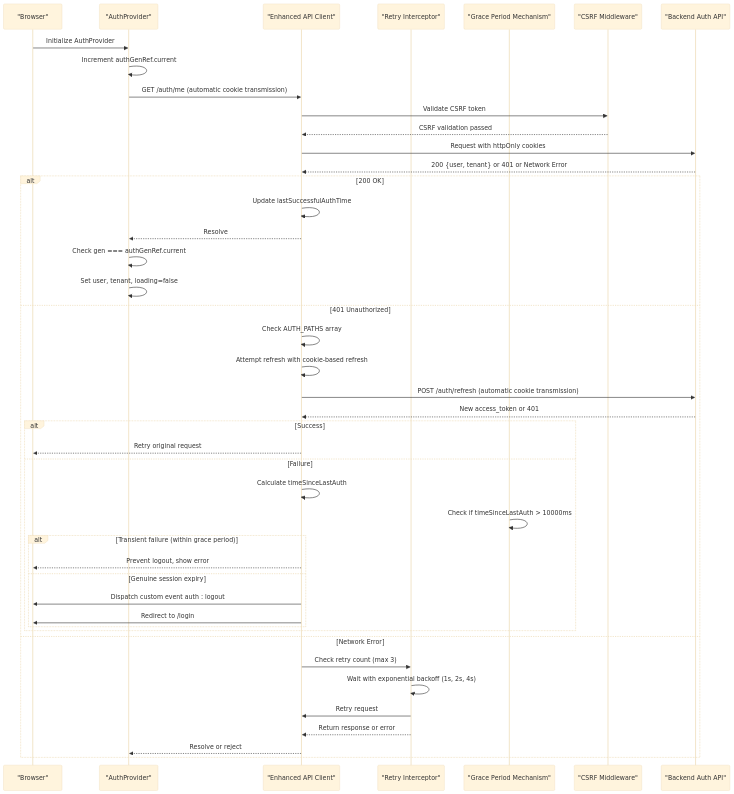
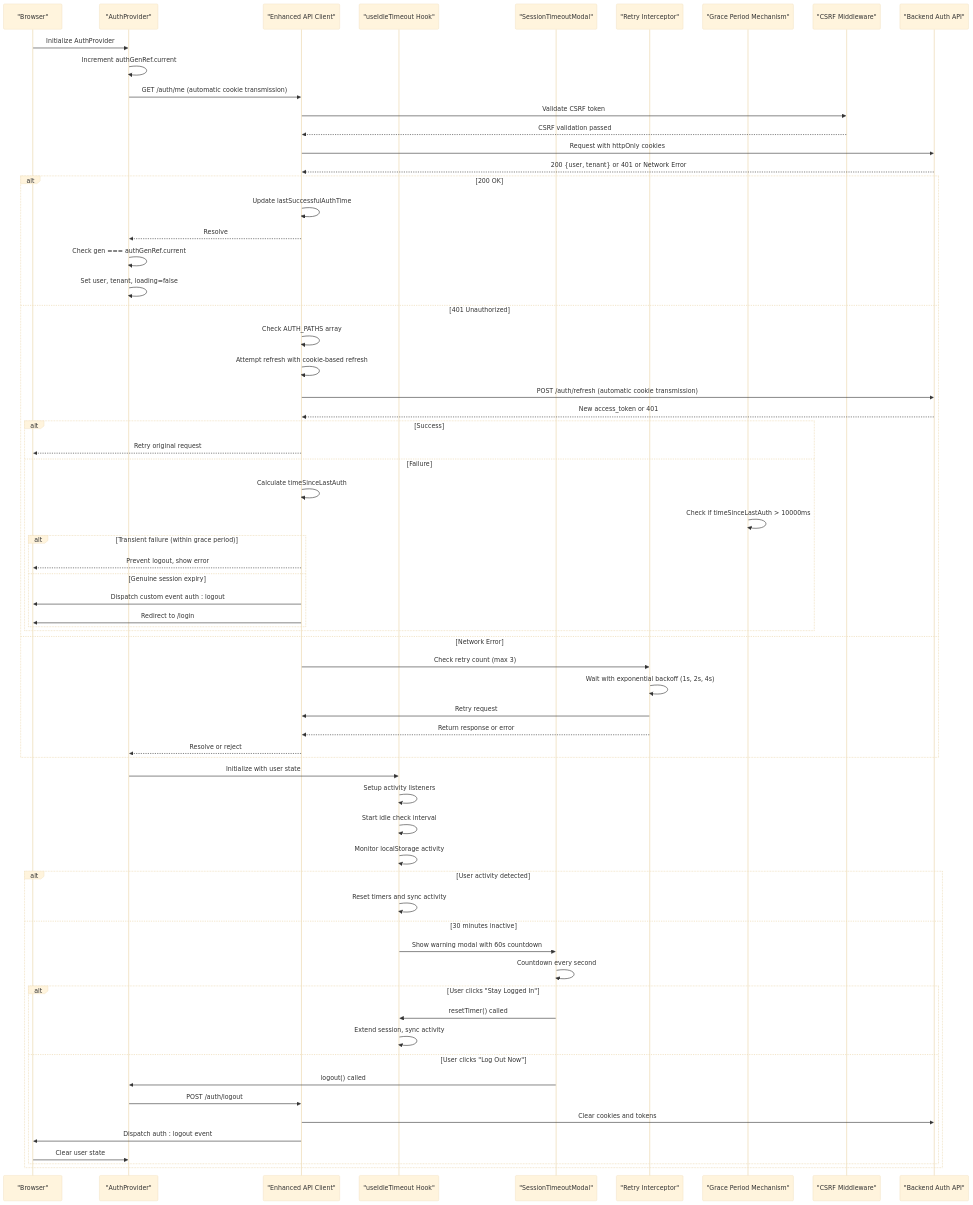
The second of 17 diagrams in .qoder/repowiki/en/content/Authentication & Authorization/Frontend Authentication Context.md (Revanththetalogics/aireume), drawn with Mermaid (base theme) before and after one commit. The commit also changed other lines of this file and 5 other files, not shown here.

````diff
--- a/.qoder/repowiki/en/content/Authentication & Authorization/Frontend Authentication Context.md
+++ b/.qoder/repowiki/en/content/Authentication & Authorization/Frontend Authentication Context.md
@@ -148,46 +166,68 @@
 ```mermaid
 sequenceDiagram
 participant Browser as "Browser"
 participant Provider as "AuthProvider"
 participant API as "Enhanced API Client"
+participant IdleHook as "useIdleTimeout Hook"
+participant Modal as "SessionTimeoutModal"
 participant Retry as "Retry Interceptor"
 participant Grace as "Grace Period Mechanism"
 participant CSRF as "CSRF Middleware"
 participant Backend as "Backend Auth API"
 Browser->>Provider : Initialize AuthProvider
 Provider->>Provider : Increment authGenRef.current
 Provider->>API : GET /auth/me (automatic cookie transmission)
 API->>CSRF : Validate CSRF token
 CSRF-->>API : CSRF validation passed
 API->>Backend : Request with httpOnly cookies
 Backend-->>API : 200 {user, tenant} or 401 or Network Error
 alt 200 OK
 API->>API : Update lastSuccessfulAuthTime
 API-->>Provider : Resolve
 Provider->>Provider : Check gen === authGenRef.current
 Provider->>Provider : Set user, tenant, loading=false
 else 401 Unauthorized
 API->>API : Check AUTH_PATHS array
 API->>API : Attempt refresh with cookie-based refresh
 API->>Backend : POST /auth/refresh (automatic cookie transmission)
 Backend-->>API : New access_token or 401
 alt Success
 API-->>Browser : Retry original request
 else Failure
 API->>API : Calculate timeSinceLastAuth
 Grace->>Grace : Check if timeSinceLastAuth > 10000ms
 alt Transient failure (within grace period)
 API-->>Browser : Prevent logout, show error
 else Genuine session expiry
 API->>Browser : Dispatch custom event auth : logout
 API->>Browser : Redirect to /login
 end
 end
 else Network Error
 API->>Retry : Check retry count (max 3)
 Retry->>Retry : Wait with exponential backoff (1s, 2s, 4s)
 Retry->>API : Retry request
 Retry-->>API : Return response or error
 API-->>Provider : Resolve or reject
 end
+Provider->>IdleHook : Initialize with user state
+IdleHook->>IdleHook : Setup activity listeners
+IdleHook->>IdleHook : Start idle check interval
+IdleHook->>IdleHook : Monitor localStorage activity
+alt User activity detected
+IdleHook->>IdleHook : Reset timers and sync activity
+else 30 minutes inactive
+IdleHook->>Modal : Show warning modal with 60s countdown
+Modal->>Modal : Countdown every second
+alt User clicks "Stay Logged In"
+Modal->>IdleHook : resetTimer() called
+IdleHook->>IdleHook : Extend session, sync activity
+else User clicks "Log Out Now"
+Modal->>Provider : logout() called
+Provider->>API : POST /auth/logout
+API->>Backend : Clear cookies and tokens
+API->>Browser : Dispatch auth : logout event
+Browser->>Provider : Clear user state
+end
+end
 ```
````
